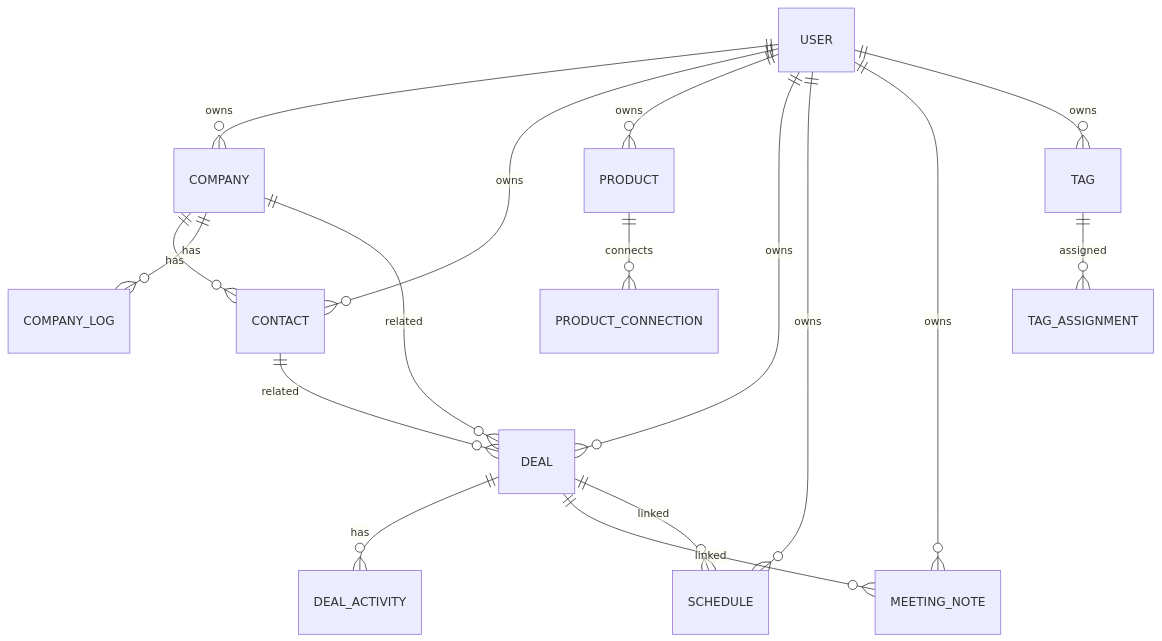
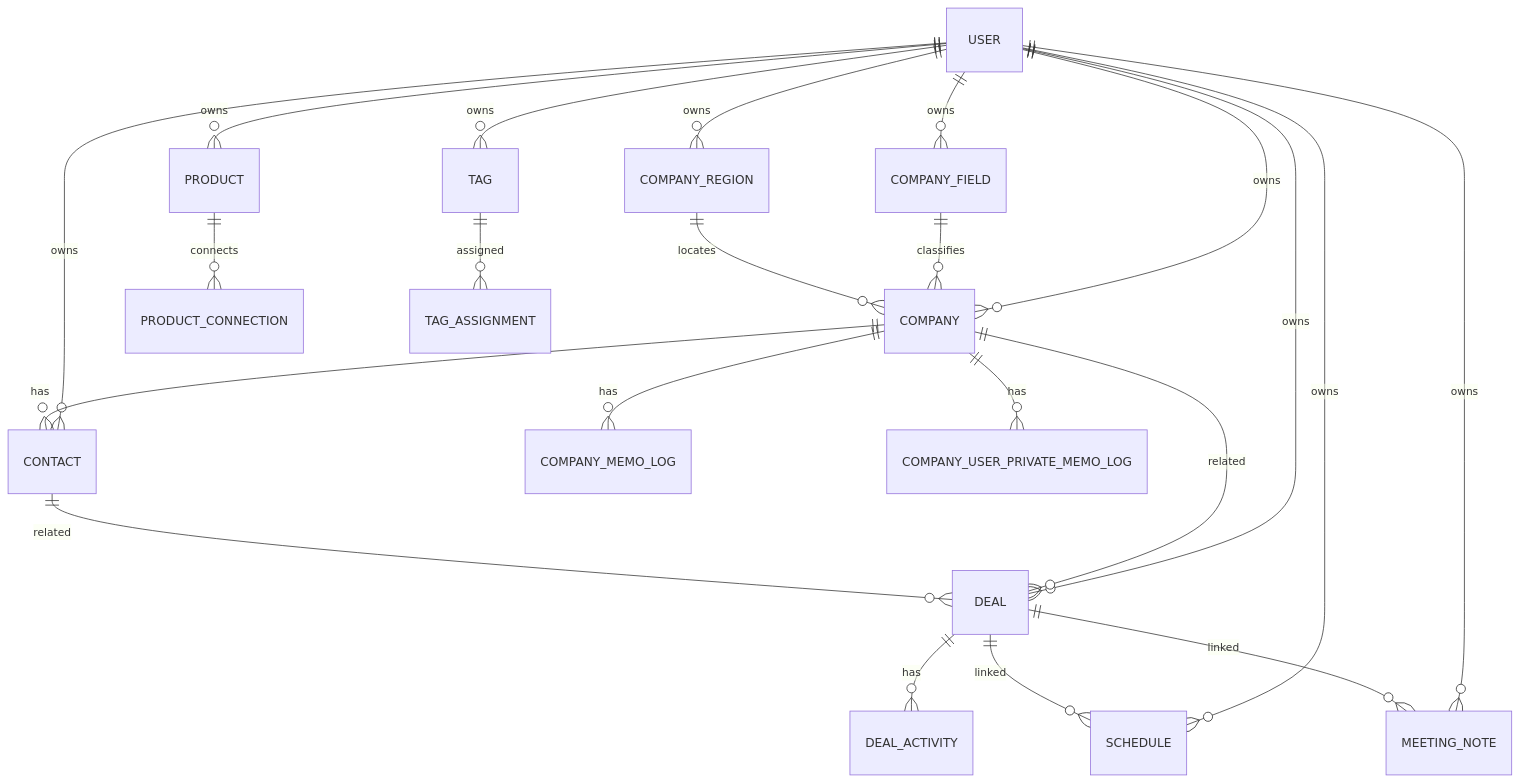
One commit to JasonSong97/Sales_b2c changed the diagram in AGENT/PM_AGENT/PLANNING/DATA_MODEL.md. Above: the diagram before and after it, drawn with Mermaid. The commit also changed other lines of this file and 14 other files, not shown here.

````diff
--- a/AGENT/PM_AGENT/PLANNING/DATA_MODEL.md
+++ b/AGENT/PM_AGENT/PLANNING/DATA_MODEL.md
@@ -358,21 +419,26 @@
 ```mermaid
 erDiagram
   USER ||--o{ COMPANY : owns
+  USER ||--o{ COMPANY_FIELD : owns
+  USER ||--o{ COMPANY_REGION : owns
   USER ||--o{ CONTACT : owns
   USER ||--o{ PRODUCT : owns
   USER ||--o{ DEAL : owns
   USER ||--o{ SCHEDULE : owns
   USER ||--o{ MEETING_NOTE : owns
   USER ||--o{ TAG : owns
 
   COMPANY ||--o{ CONTACT : has
-  COMPANY ||--o{ COMPANY_LOG : has
+  COMPANY_FIELD ||--o{ COMPANY : classifies
+  COMPANY_REGION ||--o{ COMPANY : locates
+  COMPANY ||--o{ COMPANY_MEMO_LOG : has
+  COMPANY ||--o{ COMPANY_USER_PRIVATE_MEMO_LOG : has
   COMPANY ||--o{ DEAL : related
   CONTACT ||--o{ DEAL : related
   DEAL ||--o{ DEAL_ACTIVITY : has
   DEAL ||--o{ MEETING_NOTE : linked
   DEAL ||--o{ SCHEDULE : linked
 
   PRODUCT ||--o{ PRODUCT_CONNECTION : connects
   TAG ||--o{ TAG_ASSIGNMENT : assigned
 ```
````
